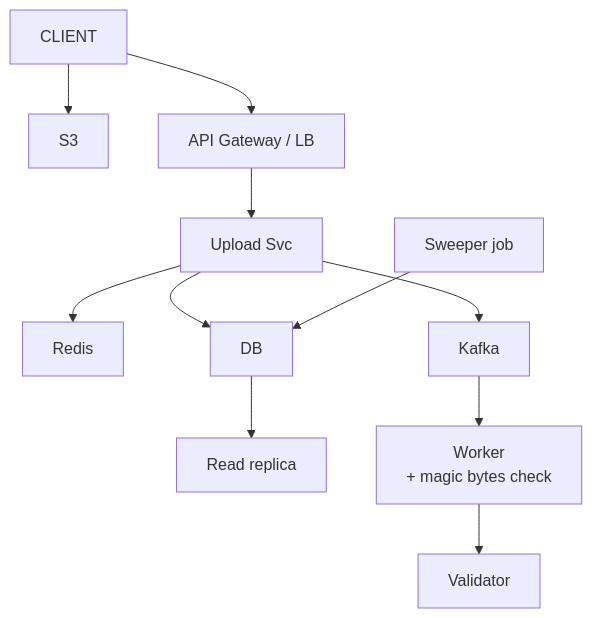
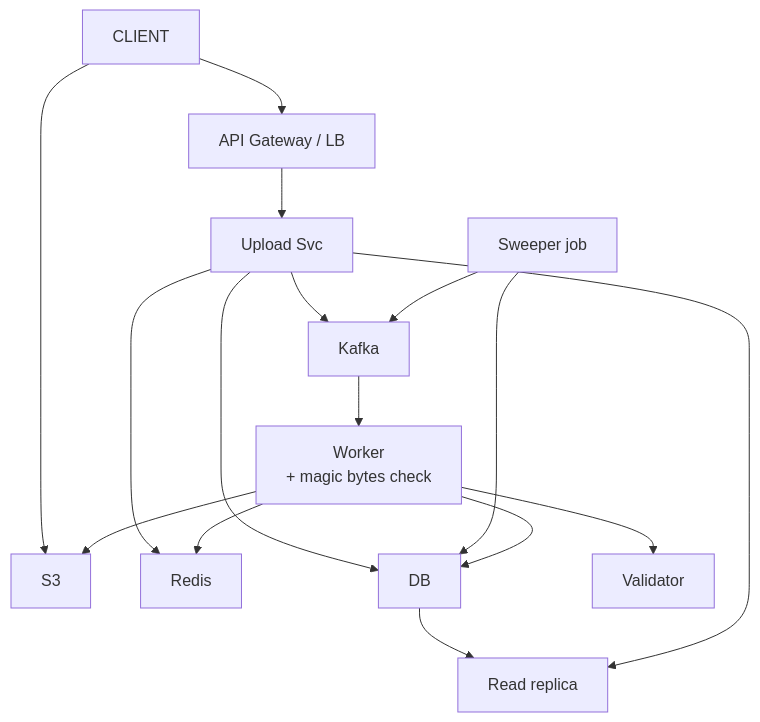
Before and after one commit to ArpanMaheshwari144/Prep: the seventh of 8 diagrams in 04_HLD/SYSTEM_DESIGNS/07_file_upload_validate_system/07_file_upload_INTERVIEW.md, drawn with Mermaid. The commit also changed other lines of this file and 12 other files, not shown here.

````diff
--- a/04_HLD/SYSTEM_DESIGNS/07_file_upload_validate_system/07_file_upload_INTERVIEW.md
+++ b/04_HLD/SYSTEM_DESIGNS/07_file_upload_validate_system/07_file_upload_INTERVIEW.md
@@ -381,24 +393,29 @@
 ```mermaid
 flowchart TD
     n_CLIENT["CLIENT"]
     n_S3["S3"]
     n_API_Gateway_LB["API Gateway / LB"]
     n_Upload_Svc["Upload Svc"]
     n_Redis["Redis"]
     n_DB["DB"]
     n_Read_replica["Read replica"]
     n_Sweeper_job["Sweeper job"]
     n_Kafka["Kafka"]
     n_Worker["Worker<br/>+ magic bytes check"]
     n_Validator["Validator"]
     n_CLIENT --> n_S3
     n_CLIENT --> n_API_Gateway_LB
     n_API_Gateway_LB --> n_Upload_Svc
     n_Upload_Svc --> n_Redis
     n_Upload_Svc --> n_DB
     n_Upload_Svc --> n_Kafka
     n_DB --> n_Read_replica
     n_Sweeper_job --> n_DB
     n_Kafka --> n_Worker
     n_Worker --> n_Validator
+    n_Worker --> n_DB
+    n_Worker --> n_Redis
+    n_Upload_Svc --> n_Read_replica
+    n_Sweeper_job --> n_Kafka
+    n_Worker --> n_S3
 ```
````
